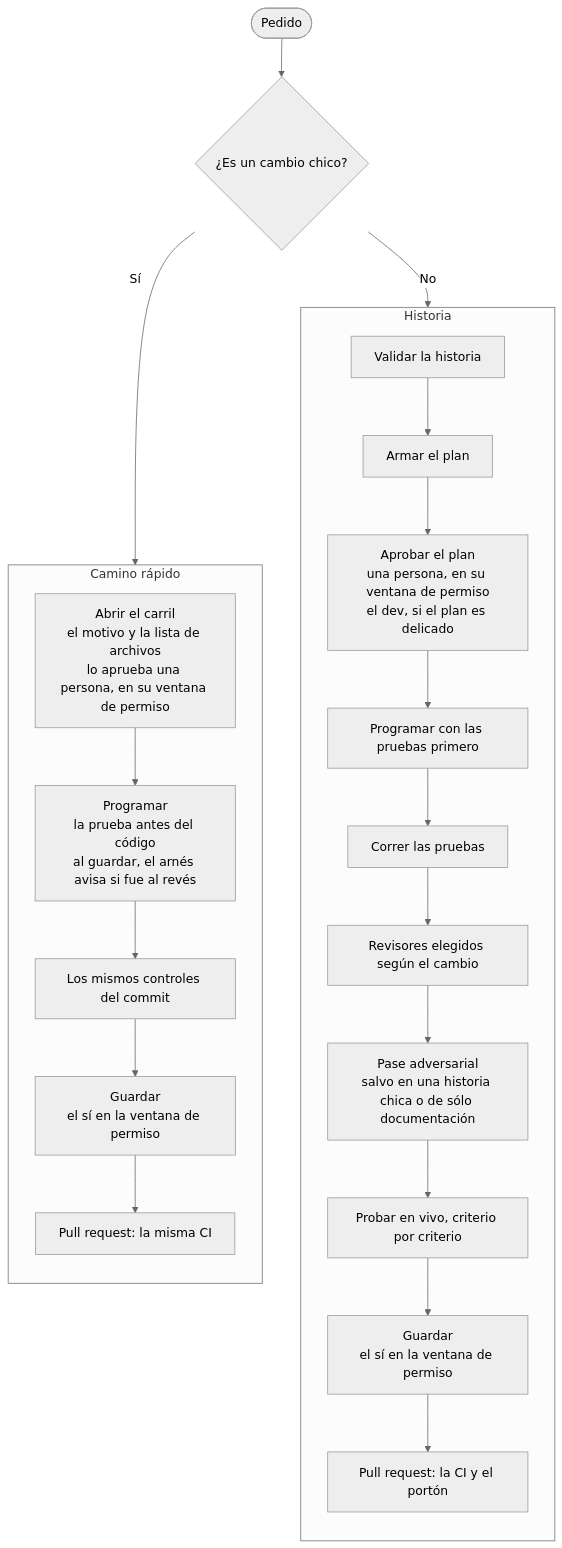
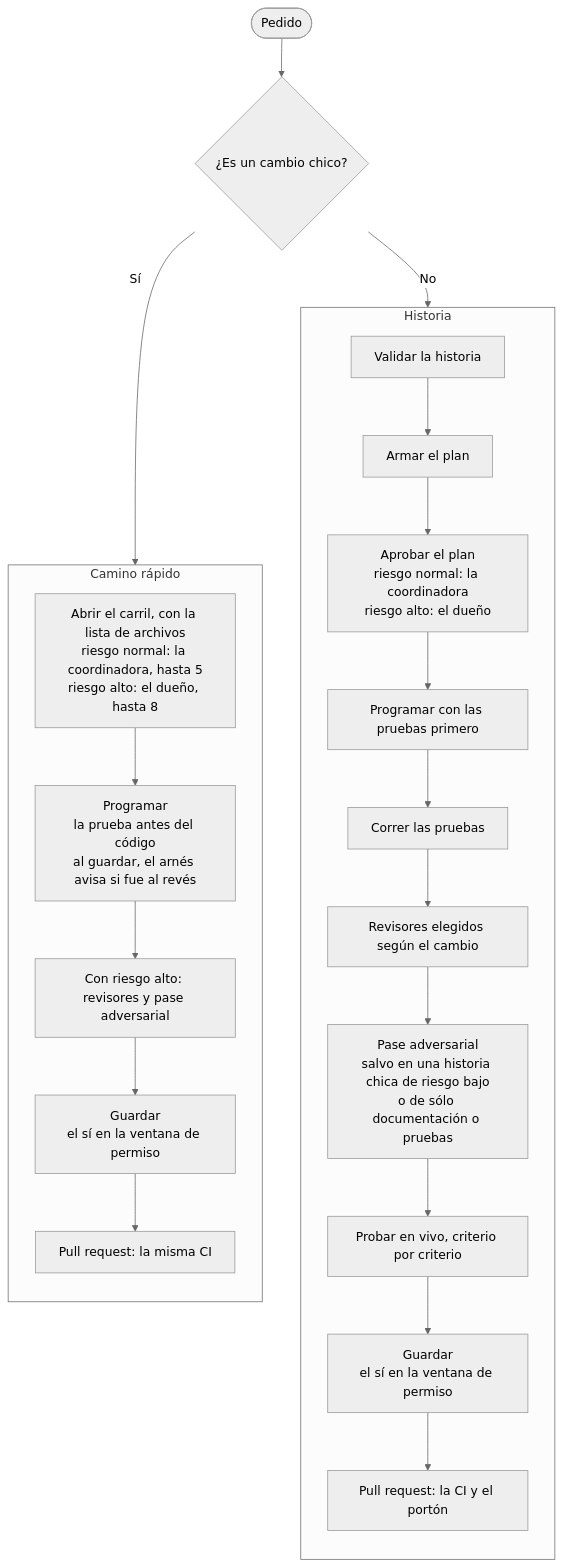
The diagram in README.es.md (TYCON-SA/tycon-harness), drawn with Mermaid (neutral theme) before and after one commit. The commit also changed other lines of this file and 2 other files, not shown here.

First line of the commit message:
docs(portada): la medida justa según lo acordado (fuente única del 1/11)

````diff
--- a/README.es.md
+++ b/README.es.md
@@ -53,25 +53,25 @@
 ```mermaid
 flowchart TB
   pedido(["Pedido"]) --> tamano{"¿Es un cambio chico?"}
   tamano -- "No" --> h1
   tamano -- "Sí" --> r1
   subgraph historia ["Historia"]
     direction TB
     h1["Validar la historia"] --> h2["Armar el plan"]
-    h2 --> h3["Aprobar el plan<br/>una persona, en su ventana de permiso<br/>el dev, si el plan es delicado"]
+    h2 --> h3["Aprobar el plan<br/>riesgo normal: la coordinadora<br/>riesgo alto: el dueño"]
     h3 --> h4["Programar con las pruebas primero"]
     h4 --> h5["Correr las pruebas"]
     h5 --> h6["Revisores elegidos según el cambio"]
-    h6 --> h7["Pase adversarial<br/>salvo en una historia chica o de sólo documentación"]
+    h6 --> h7["Pase adversarial<br/>salvo en una historia chica de riesgo bajo<br/>o de sólo documentación o pruebas"]
     h7 --> h8["Probar en vivo, criterio por criterio"]
     h8 --> h9["Guardar<br/>el sí en la ventana de permiso"]
     h9 --> h10["Pull request: la CI y el portón"]
   end
   subgraph rapido ["Camino rápido"]
     direction TB
-    r1["Abrir el carril<br/>el motivo y la lista de archivos<br/>lo aprueba una persona, en su ventana de permiso"] --> r2["Programar<br/>la prueba antes del código<br/>al guardar, el arnés avisa si fue al revés"]
-    r2 --> r3["Los mismos controles del commit"]
+    r1["Abrir el carril, con la lista de archivos<br/>riesgo normal: la coordinadora, hasta 5<br/>riesgo alto: el dueño, hasta 8"] --> r2["Programar<br/>la prueba antes del código<br/>al guardar, el arnés avisa si fue al revés"]
+    r2 --> r3["Con riesgo alto: revisores y pase adversarial"]
     r3 --> r4["Guardar<br/>el sí en la ventana de permiso"]
     r4 --> r5["Pull request: la misma CI"]
   end
 ```
````
